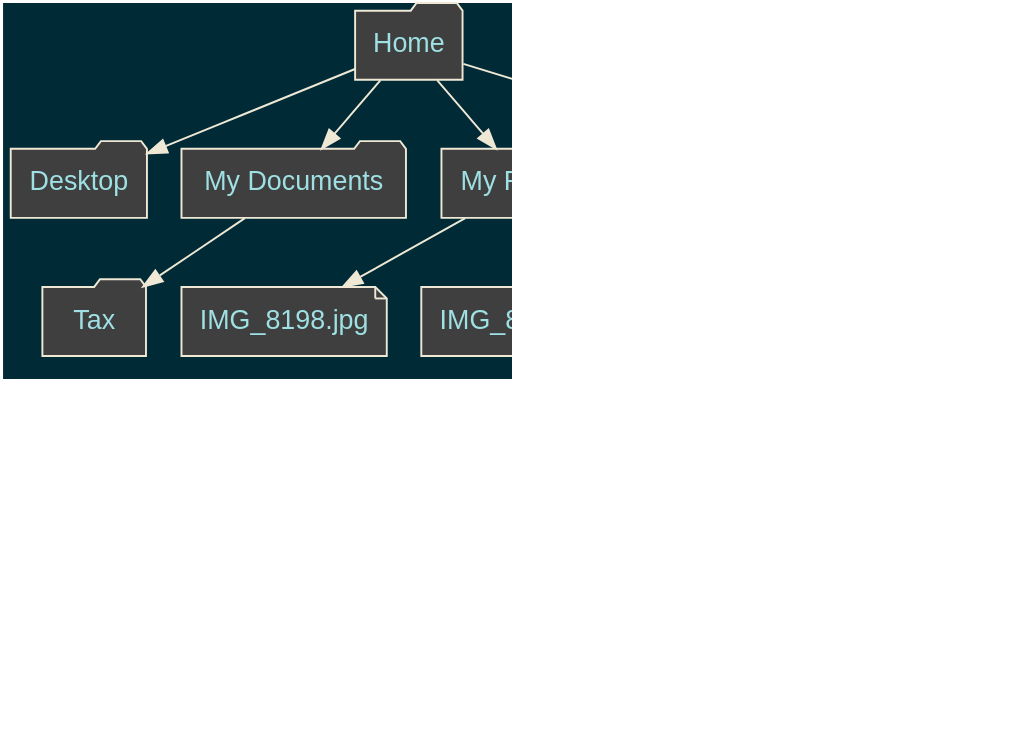
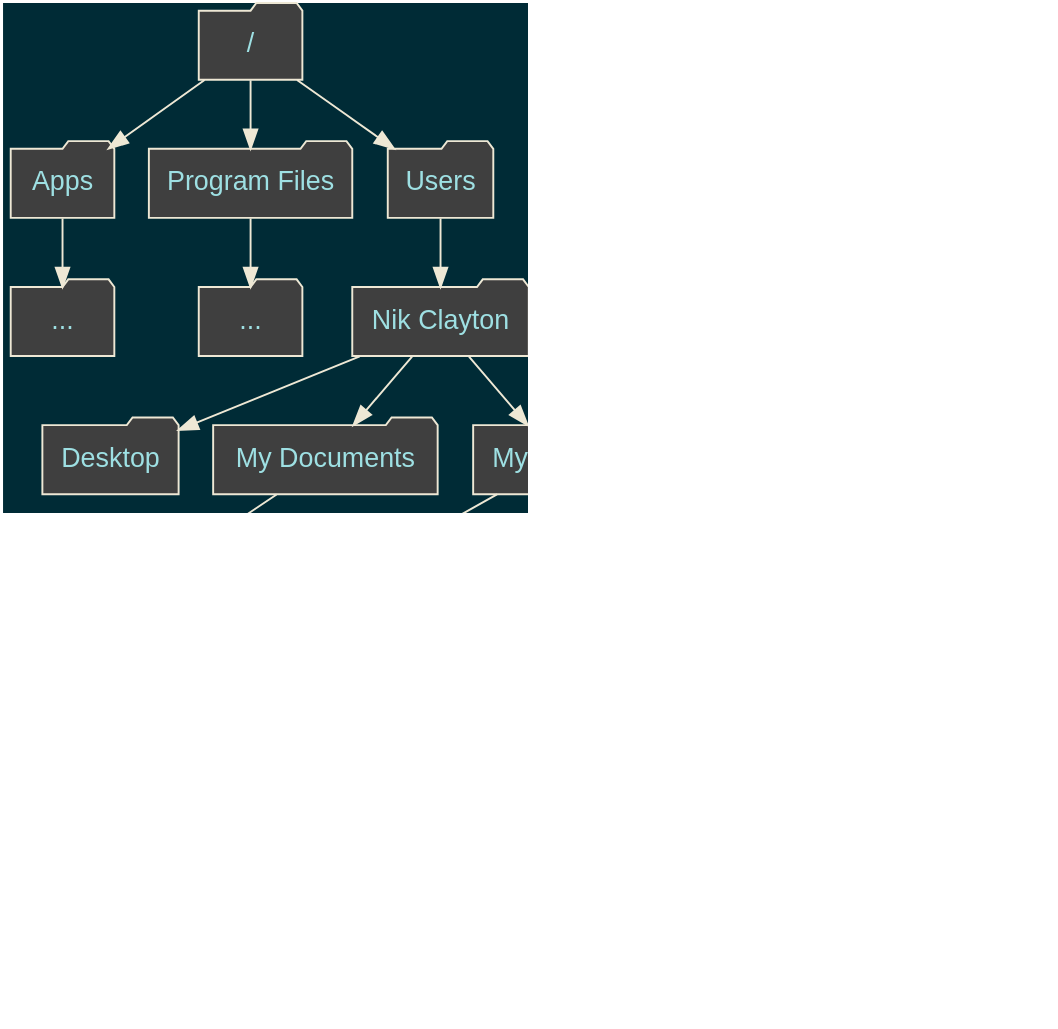
The second of 2 diagrams in courseware/week1/day1.org (nikclayton/web-courseware), drawn with Graphviz before and after one commit. The commit also changed other lines of this file and 53 other files, not shown here.

```diff
--- a/courseware/week1/day1.org
+++ b/courseware/week1/day1.org
@@ -467,37 +492,52 @@
 #+BEGIN_SRC dot :cache yes :file tree-filesystem.png :cmdline -Tpng -Gstylesheet=../graphviz.css
 digraph G {
   graph [dpi=148 scale=1 bgcolor="#002b36"];
   node [style="filled" fontname="sans-serif" fontcolor="#9ee0e3" color="#eee8d5" fillcolor="#3f3f3f"];
   edge [color="#eee8d5"];
 
   node [shape="folder"];
 
-  home [label="Home"]
+  root [label="/"];
+  apps [label="Apps"];
+  apps_dot [label="..."];
+
+  program_files [label="Program Files"];
+  program_files_dot [label="..."];
+
+  users [label="Users"];
+  home [label="Nik Clayton"]
   desktop [label="Desktop"];
   documents [label="My Documents"];
   tax [label="Tax"];
   photos [label="My Photos"];
   poco [label="Powercoders"];
   basel [label="Basel"];
   coursework [label="coursework"]
-  week2 [label="week2"];
+  week1 [label="week1"];
   day1 [label="day1.html" shape="note"];
 
   img8198 [label="IMG_8198.jpg" shape="note"];
   img8199 [label="IMG_8199.jpg" shape="note"];
   img8200 [label="IMG_8200.jpg" shape="note"];
 
+  root -> apps;
+  apps -> apps_dot;
+  root -> program_files;
+  program_files -> program_files_dot;
+  root -> users;
+
+  users -> home;
   home -> desktop;
   home -> documents;
   documents -> tax;
   home -> photos;
   photos -> img8198;
   photos -> img8199;
   photos -> img8200;
   home -> poco;
   poco -> basel;
   basel -> coursework;
-  coursework -> week2;
-  week2 -> day1;
+  coursework -> week1;
+  week1 -> day1;
 }
 #+END_SRC
```
